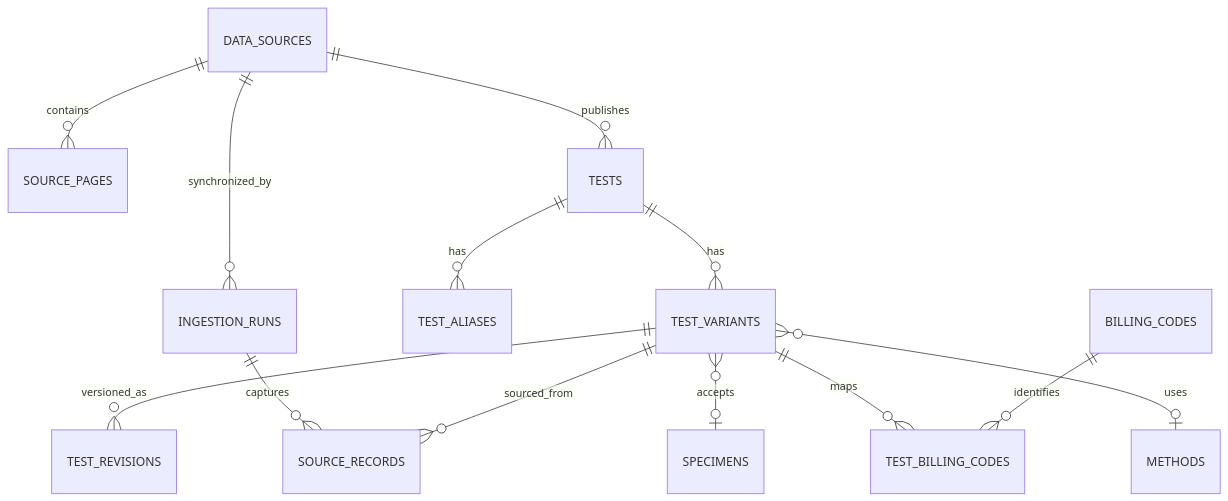
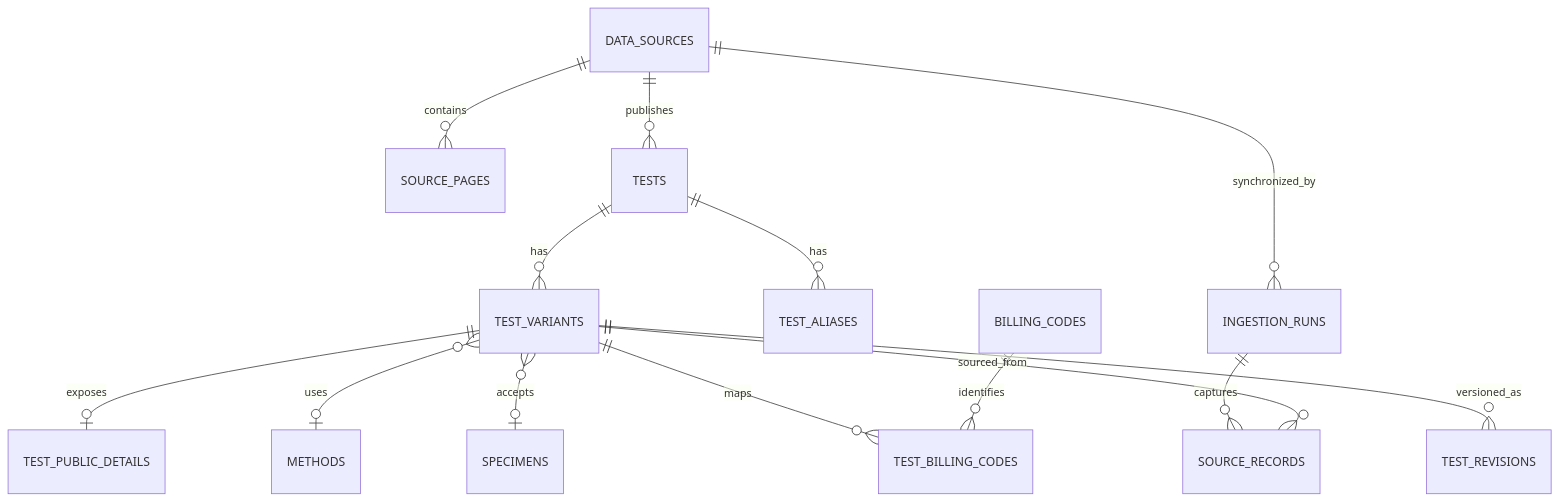
One commit to choichanwoo001/scl_chatbot changed the diagram in docs/appendices/technical/test-catalog-rdb.md. Above: the diagram before and after it, drawn with Mermaid. The commit also changed other lines of this file and 45 other files, not shown here.

````diff
--- a/docs/appendices/technical/test-catalog-rdb.md
+++ b/docs/appendices/technical/test-catalog-rdb.md
@@ -9,15 +9,16 @@
 ```mermaid
 erDiagram
     DATA_SOURCES ||--o{ SOURCE_PAGES : contains
     DATA_SOURCES ||--o{ TESTS : publishes
     DATA_SOURCES ||--o{ INGESTION_RUNS : synchronized_by
     TESTS ||--o{ TEST_ALIASES : has
     TESTS ||--o{ TEST_VARIANTS : has
+    TEST_VARIANTS ||--o| TEST_PUBLIC_DETAILS : exposes
     TEST_VARIANTS }o--o| METHODS : uses
     TEST_VARIANTS }o--o| SPECIMENS : accepts
     TEST_VARIANTS ||--o{ TEST_BILLING_CODES : maps
     BILLING_CODES ||--o{ TEST_BILLING_CODES : identifies
     INGESTION_RUNS ||--o{ SOURCE_RECORDS : captures
     TEST_VARIANTS ||--o{ SOURCE_RECORDS : sourced_from
     TEST_VARIANTS ||--o{ TEST_REVISIONS : versioned_as
 ```
````
